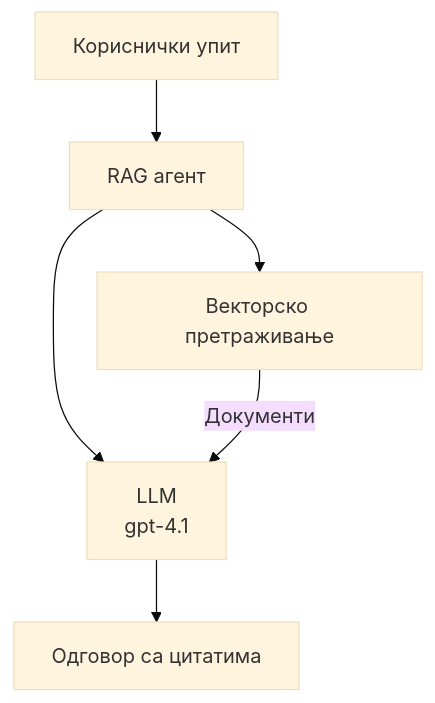
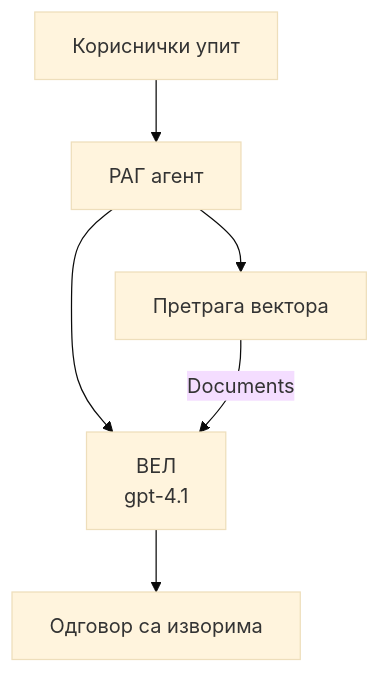
One commit to microsoft/AZD-for-beginners changed the second of 3 diagrams in translations/sr/docs/chapter-02-ai-development/agents.md. Above: the diagram before and after it, drawn with Mermaid (base theme). The commit also changed other lines of this file and 60 other files, not shown here.

````diff
--- a/translations/sr/docs/chapter-02-ai-development/agents.md
+++ b/translations/sr/docs/chapter-02-ai-development/agents.md
@@ -181,8 +181,8 @@
 ```mermaid
 graph TD
-    Query[Кориснички упит] --> RAG[RAG агент]
-    RAG --> Vector[Векторско претраживање]
-    RAG --> LLM[LLM<br/>gpt-4.1]
-    Vector -- Документи --> LLM
-    LLM --> Response[Одговор са цитатима]
+    Query[Кориснички упит] --> RAG[РАГ агент]
+    RAG --> Vector[Претрага вектора]
+    RAG --> LLM[ВЕЛ<br/>gpt-4.1]
+    Vector -- Documents --> LLM
+    LLM --> Response[Одговор са изворима]
 ```
````
